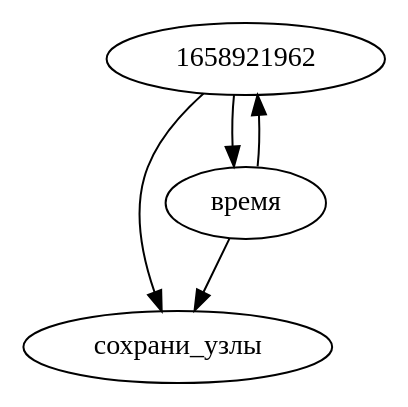
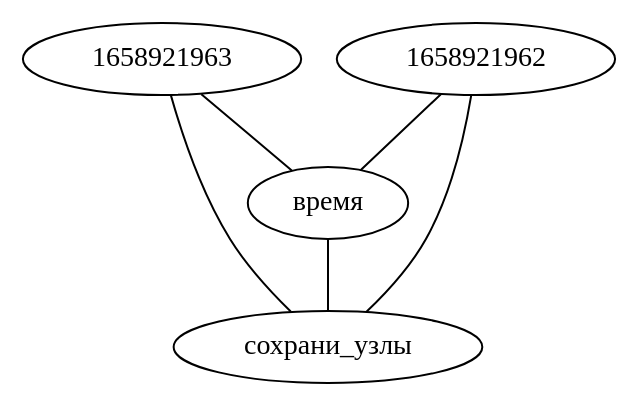
The diagram in graphs/local_graph.dot (LeonovEvgenii/AGI), drawn with Graphviz before and after one commit. The commit also changed 2 other files, not shown here.

```diff
--- a/graphs/local_graph.dot
+++ b/graphs/local_graph.dot
@@ -1,6 +1,8 @@
-digraph G {
-1658921962 -> сохрани_узлы
-1658921962 -> время
-время -> сохрани_узлы
-время -> 1658921962
+strict graph G {
+1658921963 -- сохрани_узлы
+1658921963 -- время
+1658921962 -- сохрани_узлы
+1658921962 -- время
+время -- сохрани_узлы
+время -- 1658921962
 }
```
